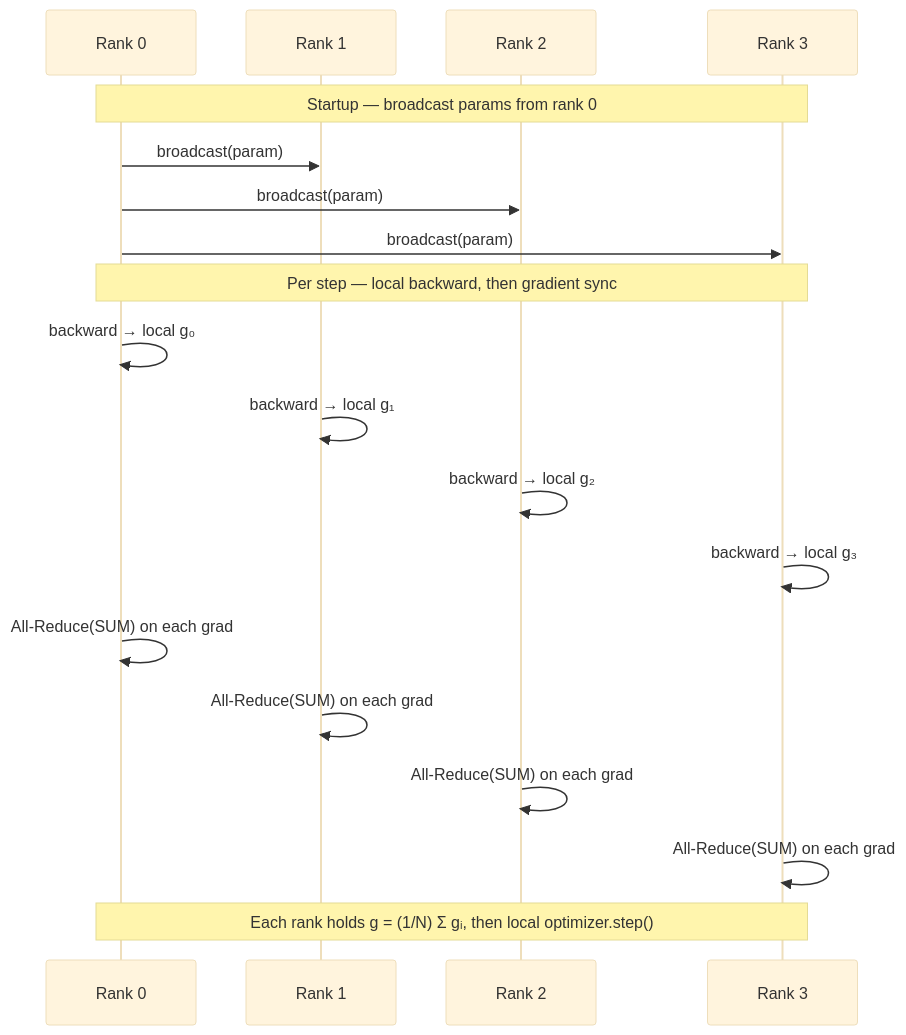
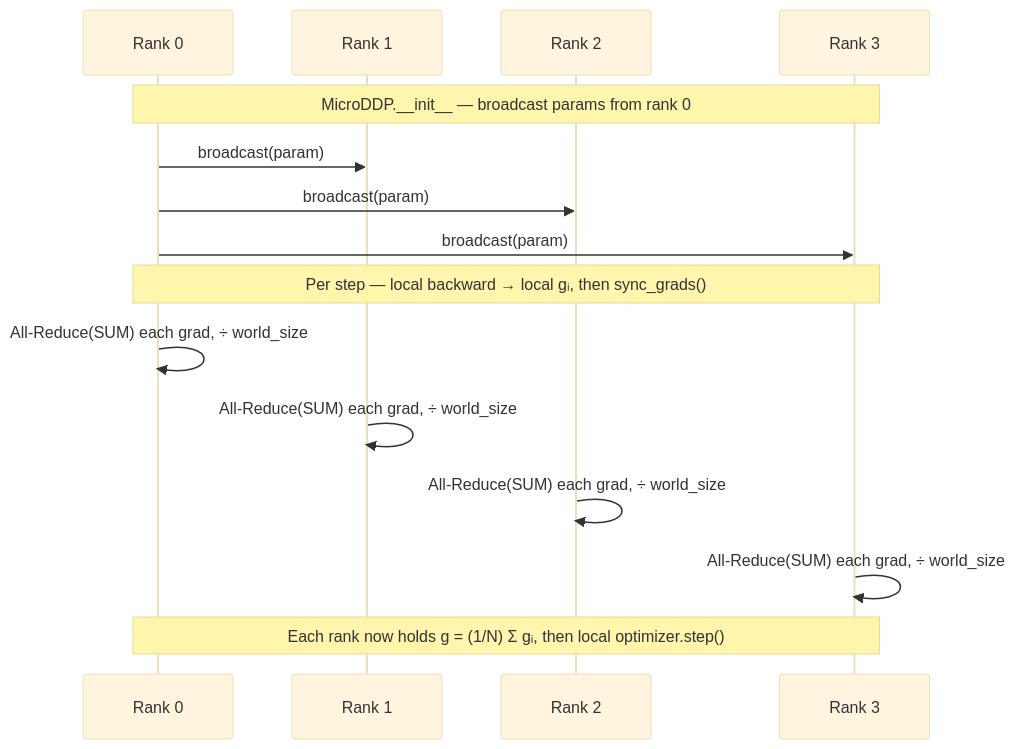
The diagram in 1_data_parallel/1_ddp_demo.md (duoan/micro-trainer), drawn with Mermaid (base theme) before and after one commit. The commit also changed other lines of this file and 15 other files, not shown here.

Commit message:
Refactor data parallelism demos and documentation for clarity and consistency. Update demo scripts to reflect new naming conventions and improve descriptions. Introduce gradient bucketing and communication overlap techniques in DDP, enhancing performance and reducing synchronization overhead.

````diff
--- a/1_data_parallel/1_ddp_demo.md
+++ b/1_data_parallel/1_ddp_demo.md
@@ -30,25 +35,19 @@
 ```mermaid
 sequenceDiagram
     participant R0 as Rank 0
     participant R1 as Rank 1
     participant R2 as Rank 2
     participant R3 as Rank 3
 
-    Note over R0,R3: Startup — broadcast params from rank 0
+    Note over R0,R3: MicroDDP.__init__ — broadcast params from rank 0
     R0->>R1: broadcast(param)
     R0->>R2: broadcast(param)
     R0->>R3: broadcast(param)
 
-    Note over R0,R3: Per step — local backward, then gradient sync
-    R0->>R0: backward → local g₀
-    R1->>R1: backward → local g₁
-    R2->>R2: backward → local g₂
-    R3->>R3: backward → local g₃
-
-    R0->>R0: All-Reduce(SUM) on each grad
-    R1->>R1: All-Reduce(SUM) on each grad
-    R2->>R2: All-Reduce(SUM) on each grad
-    R3->>R3: All-Reduce(SUM) on each grad
-
-    Note over R0,R3: Each rank holds g = (1/N) Σ gᵢ, then local optimizer.step()
+    Note over R0,R3: Per step — local backward → local gᵢ, then sync_grads()
+    R0->>R0: All-Reduce(SUM) each grad, ÷ world_size
+    R1->>R1: All-Reduce(SUM) each grad, ÷ world_size
+    R2->>R2: All-Reduce(SUM) each grad, ÷ world_size
+    R3->>R3: All-Reduce(SUM) each grad, ÷ world_size
+    Note over R0,R3: Each rank now holds g = (1/N) Σ gᵢ, then local optimizer.step()
 ```
````
